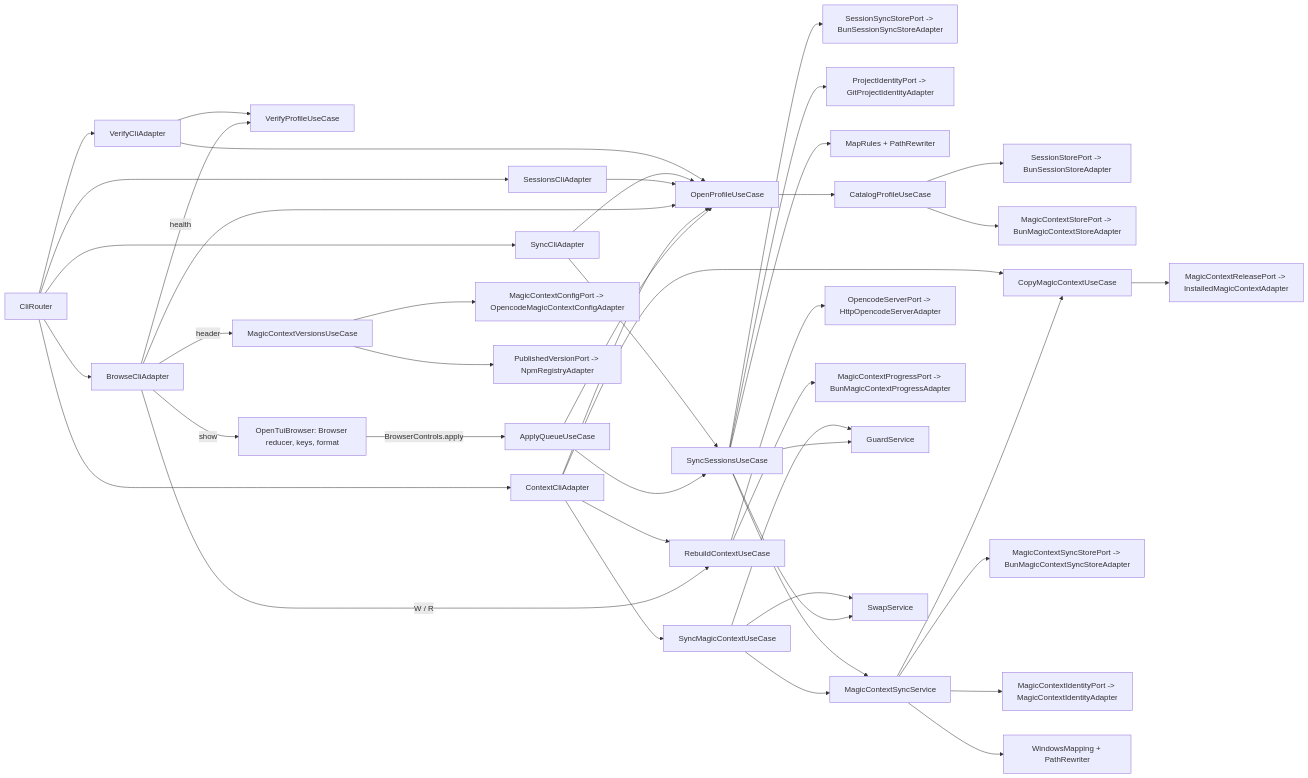
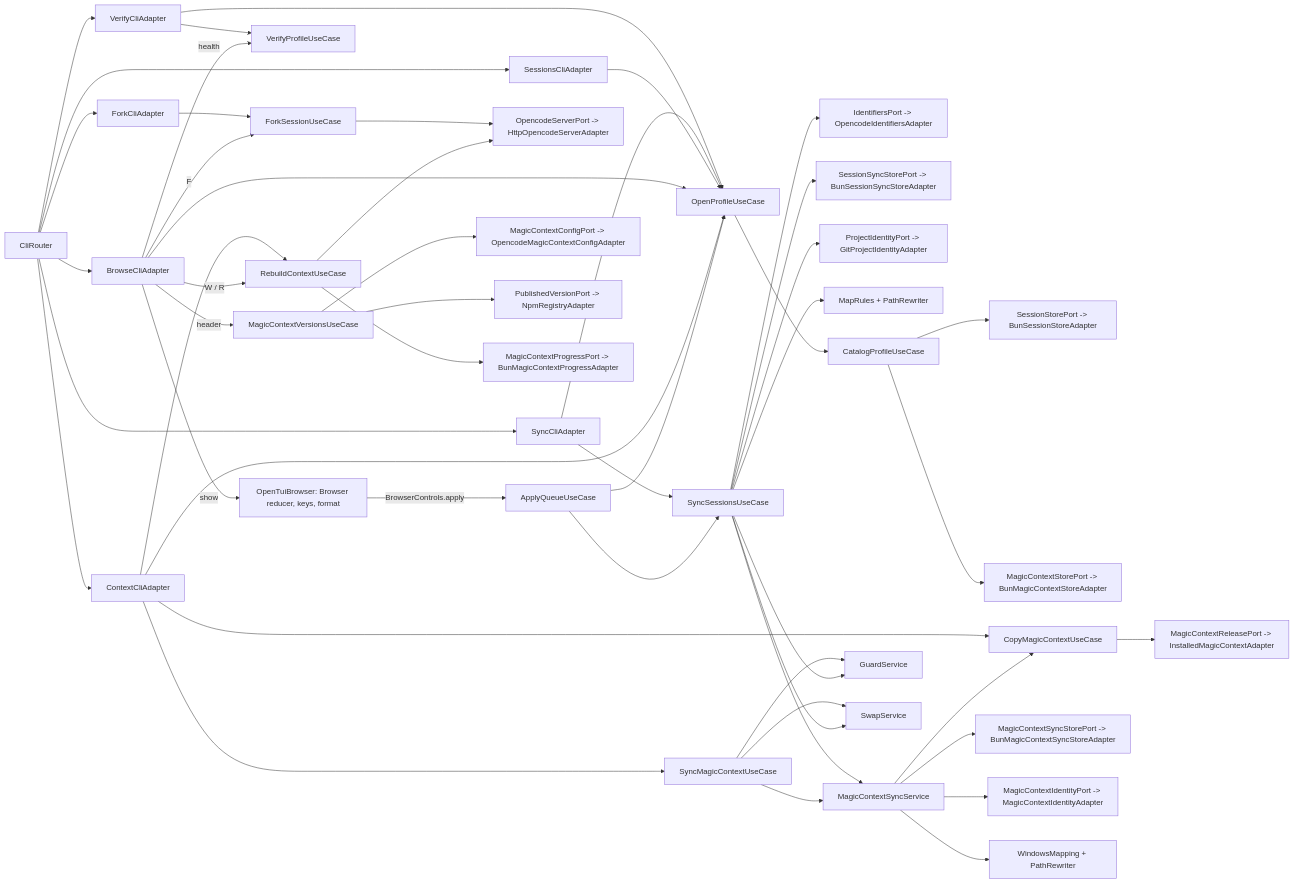
One commit to mavasbel-devtools/opencode-session-manager changed the third of 3 diagrams in README.md. Above: the diagram before and after it, drawn with Mermaid. The commit also changed other lines of this file and 39 other files, not shown here.

````diff
--- a/README.md
+++ b/README.md
@@ -519,46 +560,51 @@
 ```mermaid
 flowchart LR
     ROUTER[CliRouter] --> SC[SessionsCliAdapter]
     ROUTER --> XC[ContextCliAdapter]
     ROUTER --> BC[BrowseCliAdapter]
     ROUTER --> YC[SyncCliAdapter]
     ROUTER --> VC[VerifyCliAdapter]
+    ROUTER --> FC[ForkCliAdapter]
+    FC --> FK[ForkSessionUseCase]
+    BC -->|F| FK
+    FK --> SRV
+    SY --> IDS[IdentifiersPort -> OpencodeIdentifiersAdapter]
     VC --> OP
     VC --> VF
     YC --> OP
     YC --> SY[SyncSessionsUseCase]
     SY --> SST[SessionSyncStorePort -> BunSessionSyncStoreAdapter]
     SY --> PI[ProjectIdentityPort -> GitProjectIdentityAdapter]
     SY --> MR[MapRules + PathRewriter]
     SY --> MB
     BC -->|show| TUI[OpenTuiBrowser: Browser reducer, keys, format]
     TUI -->|BrowserControls.apply| AQ[ApplyQueueUseCase]
     AQ --> SY
     BC -->|health| VF[VerifyProfileUseCase]
     BC -->|header| MV[MagicContextVersionsUseCase]
     MV --> MCC[MagicContextConfigPort -> OpencodeMagicContextConfigAdapter]
     MV --> NPM[PublishedVersionPort -> NpmRegistryAdapter]
     SC --> OP[OpenProfileUseCase]
     BC --> OP
     XC --> OP
     OP --> CAT[CatalogProfileUseCase]
     CAT --> SS[SessionStorePort -> BunSessionStoreAdapter]
     CAT --> MCS[MagicContextStorePort -> BunMagicContextStoreAdapter]
     XC --> RB[RebuildContextUseCase]
     BC -->|W / R| RB
     RB --> SRV[OpencodeServerPort -> HttpOpencodeServerAdapter]
     RB --> PRG[MagicContextProgressPort -> BunMagicContextProgressAdapter]
     XC --> CM[CopyMagicContextUseCase]
     XC --> SM[SyncMagicContextUseCase]
     AQ --> OP
     SM --> MB[MagicContextSyncService]
     MB --> CM
     CM --> REL[MagicContextReleasePort -> InstalledMagicContextAdapter]
     MB --> SYS[MagicContextSyncStorePort -> BunMagicContextSyncStoreAdapter]
     MB --> MID[MagicContextIdentityPort -> MagicContextIdentityAdapter]
     MB --> WM[WindowsMapping + PathRewriter]
     SM --> GD[GuardService]
     SM --> SW[SwapService]
     SY --> GD
     SY --> SW
 ```
````
